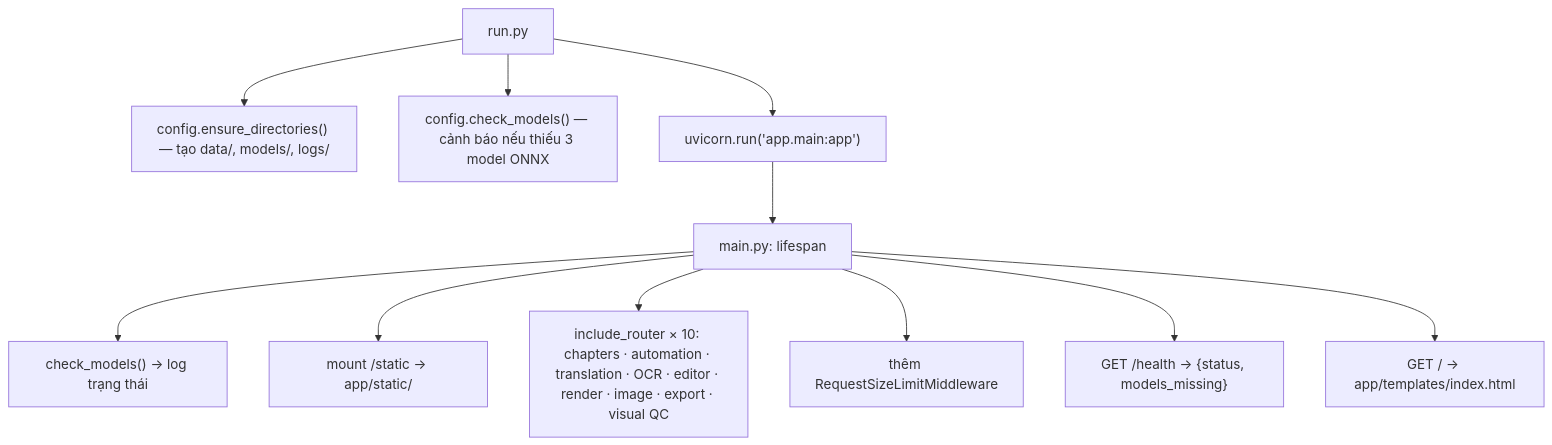
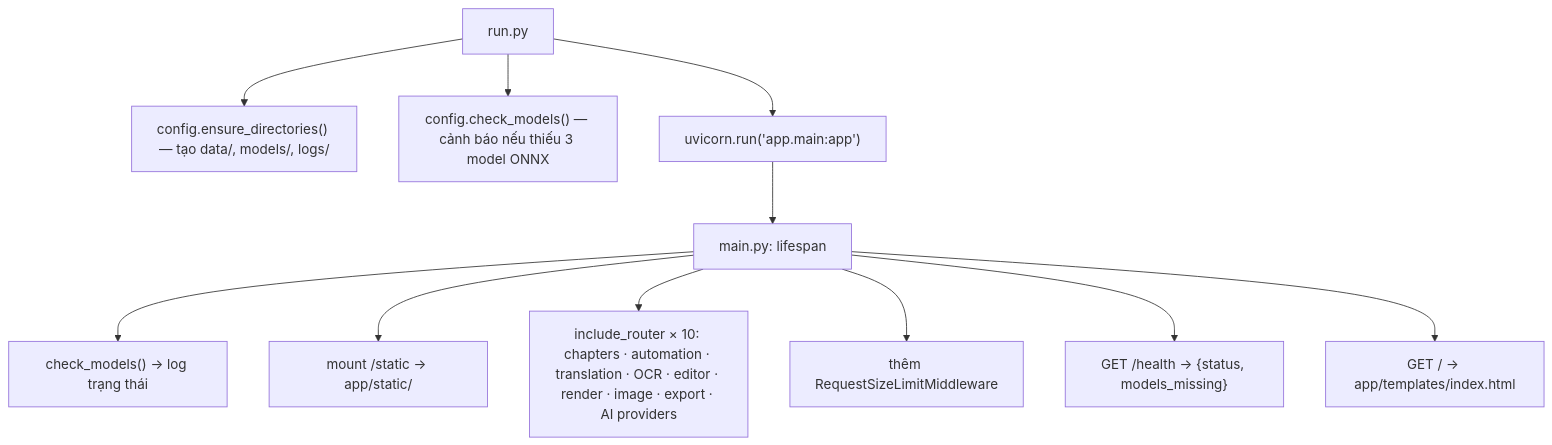
The second of 12 diagrams in docs/ARCHITECTURE.md (tuantran00541-spec/manga-translator), drawn with Mermaid before and after one commit. The commit also changed 19 other files, not shown here.

````diff
--- a/docs/ARCHITECTURE.md
+++ b/docs/ARCHITECTURE.md
@@ -80,13 +80,13 @@
 ```mermaid
 flowchart TD
     A["run.py"] --> B["config.ensure_directories() — tạo data/, models/, logs/"]
     A --> C["config.check_models() — cảnh báo nếu thiếu 3 model ONNX"]
     A --> D["uvicorn.run('app.main:app')"]
     D --> E["main.py: lifespan"]
     E --> F["check_models() → log trạng thái"]
     E --> G["mount /static → app/static/"]
-    E --> H["include_router × 10: chapters · automation · translation · OCR · editor · render · image · export · visual QC"]
+    E --> H["include_router × 10: chapters · automation · translation · OCR · editor · render · image · export · AI providers"]
     E --> I["thêm RequestSizeLimitMiddleware"]
     E --> J["GET /health → {status, models_missing}"]
     E --> K["GET / → app/templates/index.html"]
 ```
````
